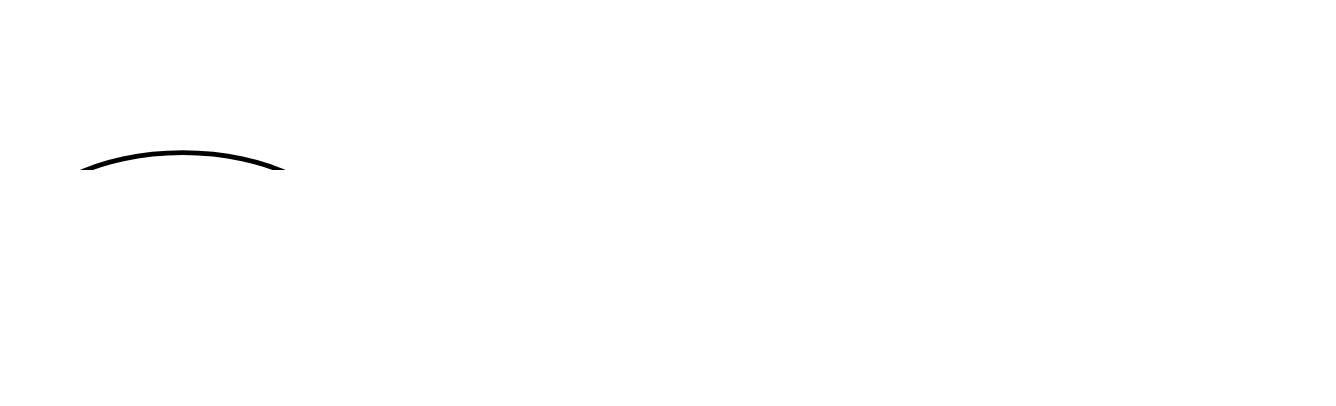
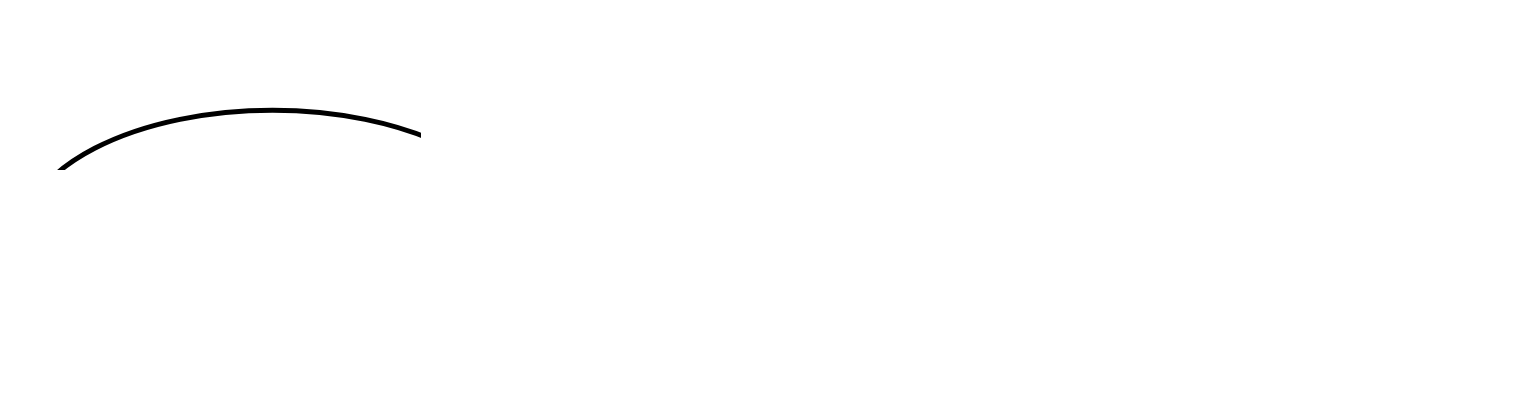
One commit to basictask/Intelligencia changed the diagram in 3_solving_mdp/doc/graphs/solving_1.dot. Above: the diagram before and after it, drawn with Graphviz. The commit also changed 37 other files, not shown here.

```diff
--- a/3_solving_mdp/doc/graphs/solving_1.dot
+++ b/3_solving_mdp/doc/graphs/solving_1.dot
@@ -1,14 +1,14 @@
-digraph "ann_singlehead" { 
+digraph "epsilon_greedy" { 
     // Label properies 
     graph [dpi = 300];
     
     // Make graph vertical 
     rankdir = "LR"
     
-    start [label="start"]  
-    exploitation [label="mohó cselekvés"]
-    exploration [label="véletlen cselekvés"]    
+    start [label="aktuális\nállapot"]  
+    exploitation [label="mohó cselekvés", style=filled, fillcolor=black, fontcolor=white]
+    exploration [label="véletlen cselekvés", style=filled, fillcolor=black, fontcolor=white]    
 
     start -> exploitation [label="1-ε"]
     start -> exploration [label="ε"]
 }
```
